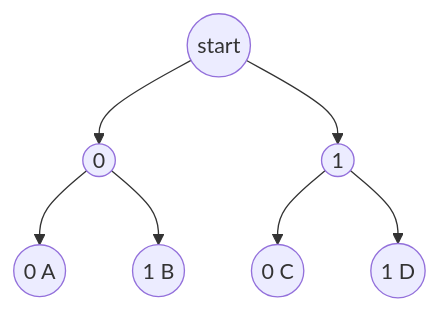
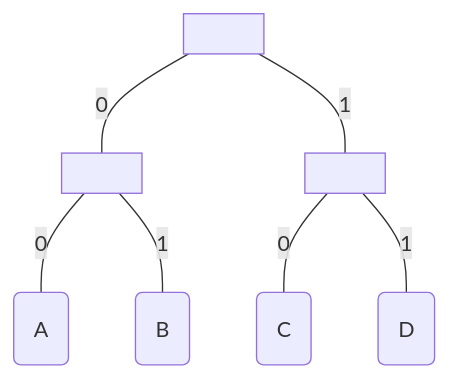
The diagram in subjects/computation-structures.md (otthtml/pei), drawn with Mermaid before and after one commit. The commit also changed other lines of this file, not shown here.

Commit message:
computation structures 3

````diff
--- a/subjects/computation-structures.md
+++ b/subjects/computation-structures.md
@@ -27,9 +27,9 @@
 ```mermaid
 graph TB;
-    A((start))-->B((0))
-    A-->C((1));
-    B-->E((0 A))
-    B-->F((1 B))
-    C-->H((0 C))
-    C-->I((1 D))
+    A[ ]--0---B[ ]
+    A--1---C[ ];
+    B--0---E(A)
+    B--1---F(B)
+    C--0---H(C)
+    C--1---I(D)
 ```
````
